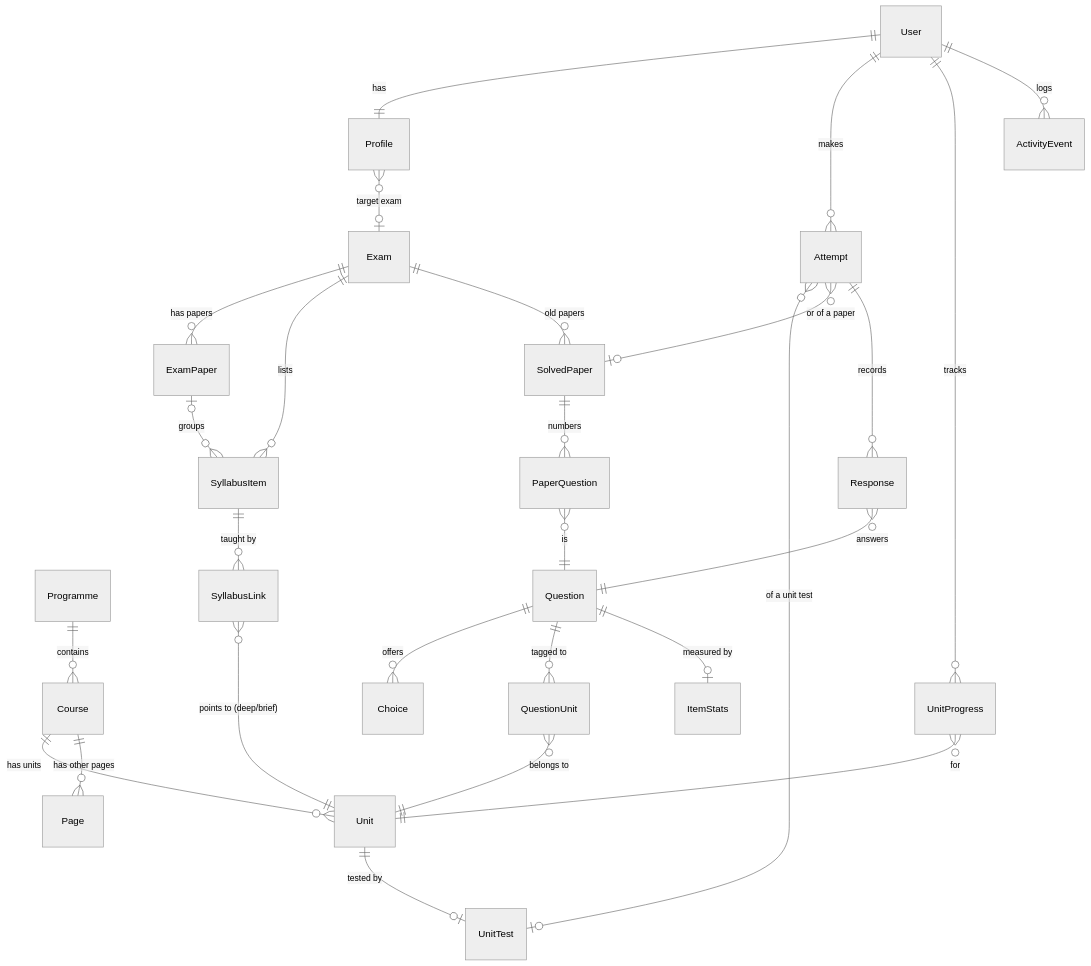
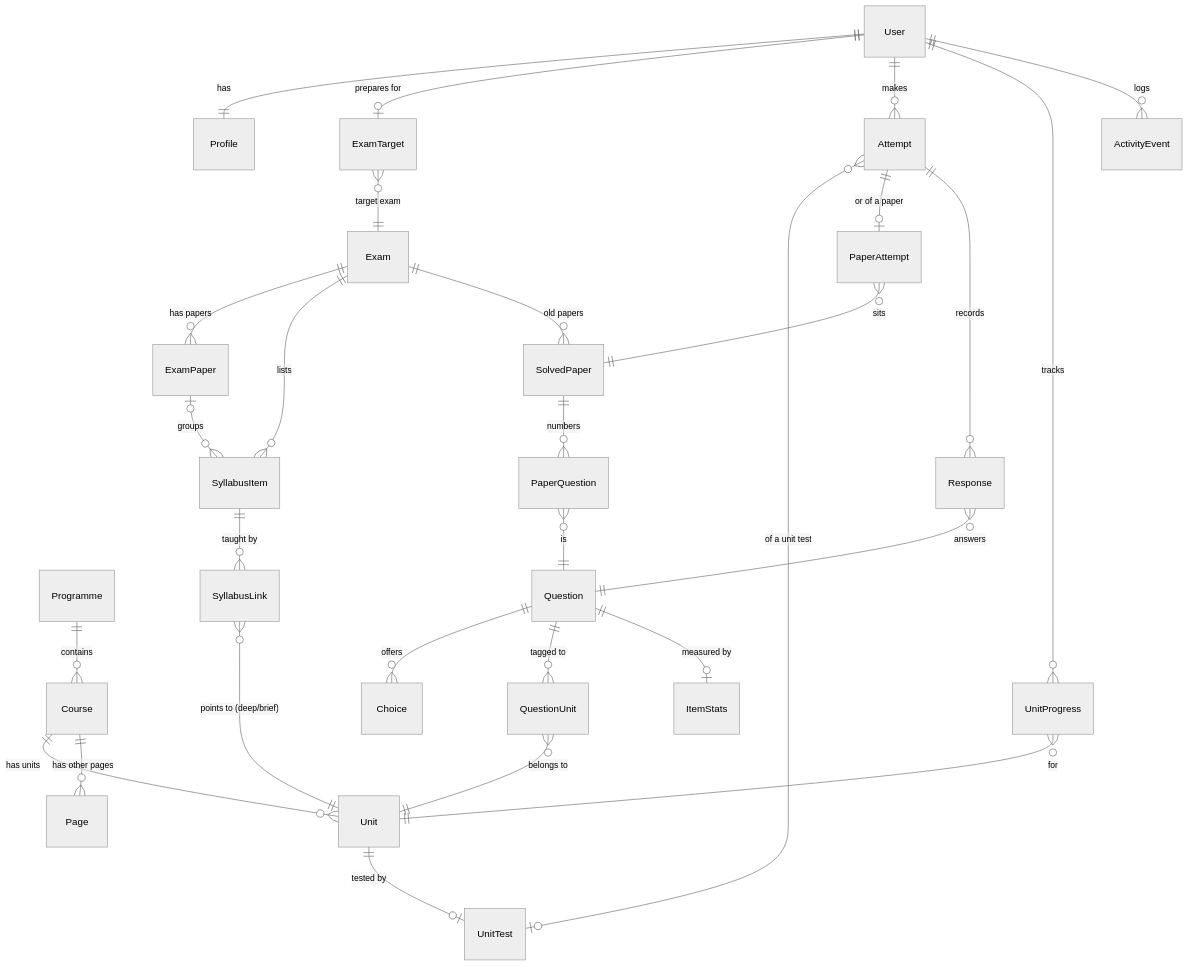
The third of 4 diagrams in Webapp/ARCHITECTURE.md (nrstatlab/planning-for-future), drawn with Mermaid (neutral theme) before and after one commit. The commit also changed other lines of this file, not shown here.

First line of the commit message:
Webapp architecture: the revisions made while building Phase 1

````diff
--- a/Webapp/ARCHITECTURE.md
+++ b/Webapp/ARCHITECTURE.md
@@ -104,35 +105,37 @@
 ```mermaid
 erDiagram
   User ||--|| Profile : has
-  Profile }o--o| Exam : "target exam"
+  User ||--o| ExamTarget : "prepares for"
+  ExamTarget }o--|| Exam : "target exam"
 
   Programme ||--o{ Course : contains
   Course ||--o{ Unit : "has units"
   Course ||--o{ Page : "has other pages"
 
   Exam ||--o{ ExamPaper : "has papers"
   Exam ||--o{ SyllabusItem : lists
   ExamPaper |o--o{ SyllabusItem : groups
   SyllabusItem ||--o{ SyllabusLink : "taught by"
   SyllabusLink }o--|| Unit : "points to (deep/brief)"
 
   Exam ||--o{ SolvedPaper : "old papers"
   SolvedPaper ||--o{ PaperQuestion : numbers
   PaperQuestion }o--|| Question : is
 
   Question ||--o{ Choice : offers
   Question ||--o{ QuestionUnit : "tagged to"
   QuestionUnit }o--|| Unit : "belongs to"
   Question ||--o| ItemStats : "measured by"
   Unit ||--o| UnitTest : "tested by"
 
   User ||--o{ Attempt : makes
   Attempt }o--o| UnitTest : "of a unit test"
-  Attempt }o--o| SolvedPaper : "or of a paper"
+  Attempt ||--o| PaperAttempt : "or of a paper"
+  PaperAttempt }o--|| SolvedPaper : sits
   Attempt ||--o{ Response : records
   Response }o--|| Question : answers
 
   User ||--o{ UnitProgress : tracks
   UnitProgress }o--|| Unit : "for"
   User ||--o{ ActivityEvent : logs
 ```
````
